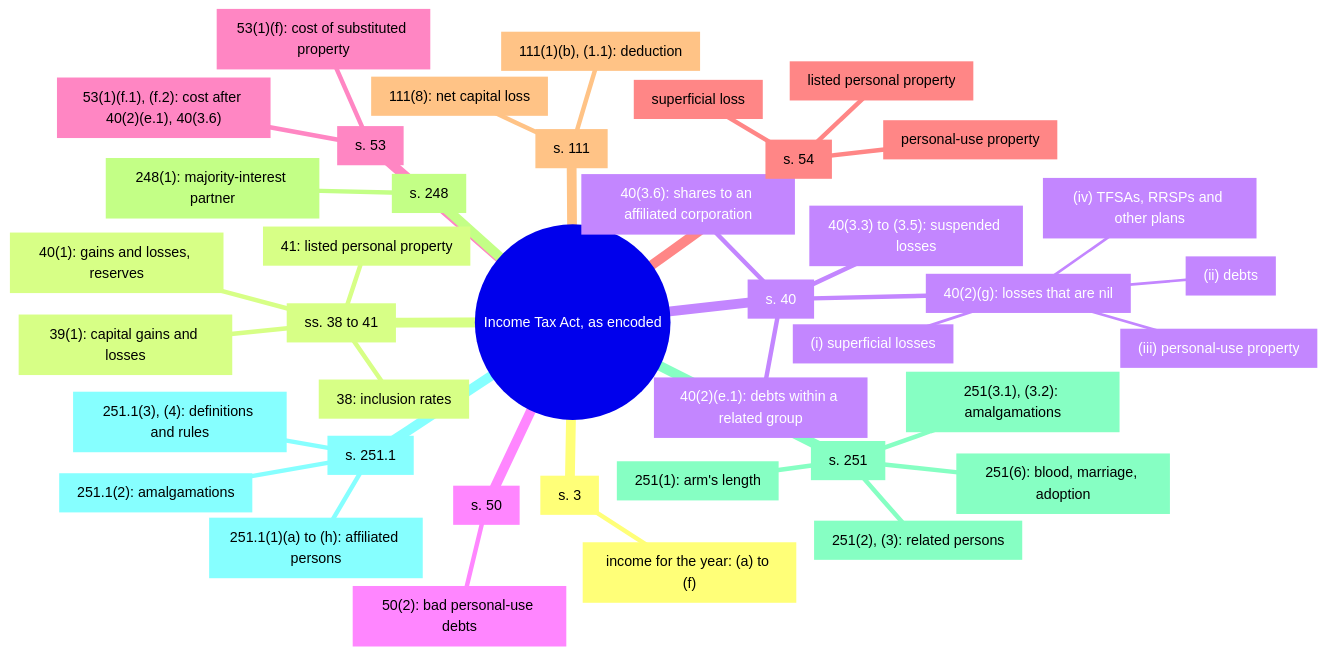
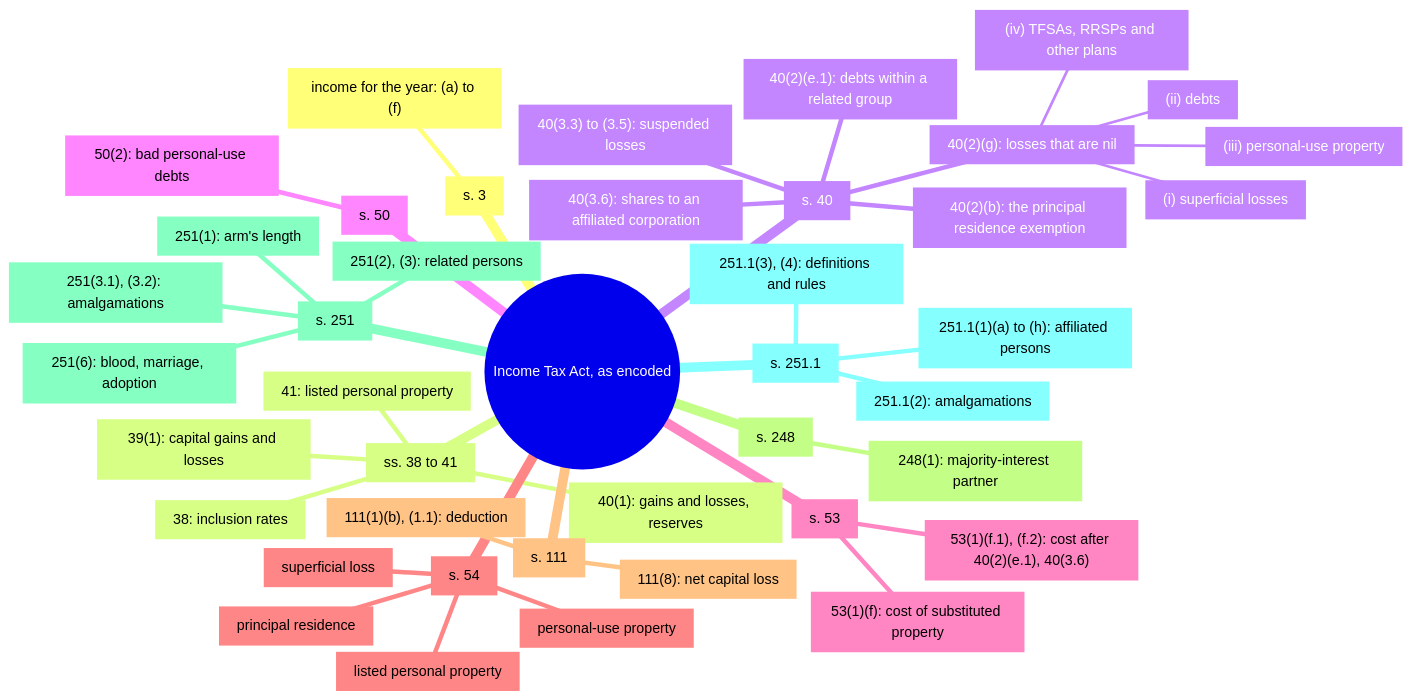
Before and after one commit to SeanWMurray/Canteen: the fourth of 4 diagrams in docs/graphs/dashboard.md, drawn with Mermaid. The commit also changed other lines of this file and 17 other files, not shown here.

First line of the commit message:
Encode the principal residence exemption: 40(2)(b) and 54

````diff
--- a/docs/graphs/dashboard.md
+++ b/docs/graphs/dashboard.md
@@ -66,43 +66,45 @@
 ```mermaid
 mindmap
   root((Income Tax Act, as encoded))
     n0["`s. 3`"]
       n1["`income for the year: (a) to (f)`"]
     n2["`ss. 38 to 41`"]
       n3["`38: inclusion rates`"]
       n4["`39(1): capital gains and losses`"]
       n5["`40(1): gains and losses, reserves`"]
       n6["`41: listed personal property`"]
     n7["`s. 40`"]
-      n8["`40(2)(g): losses that are nil`"]
-        n9["`(i) superficial losses`"]
-        n10["`(ii) debts`"]
-        n11["`(iii) personal-use property`"]
-        n12["`(iv) TFSAs, RRSPs and other plans`"]
-      n13["`40(2)(e.1): debts within a related group`"]
-      n14["`40(3.3) to (3.5): suspended losses`"]
-      n15["`40(3.6): shares to an affiliated corporation`"]
-    n16["`s. 50`"]
-      n17["`50(2): bad personal-use debts`"]
-    n18["`s. 53`"]
-      n19["`53(1)(f): cost of substituted property`"]
-      n20["`53(1)(f.1), (f.2): cost after 40(2)(e.1), 40(3.6)`"]
-    n21["`s. 54`"]
-      n22["`superficial loss`"]
-      n23["`personal-use property`"]
-      n24["`listed personal property`"]
-    n25["`s. 111`"]
-      n26["`111(8): net capital loss`"]
-      n27["`111(1)(b), (1.1): deduction`"]
-    n28["`s. 248`"]
-      n29["`248(1): majority-interest partner`"]
-    n30["`s. 251`"]
-      n31["`251(1): arm's length`"]
-      n32["`251(2), (3): related persons`"]
-      n33["`251(3.1), (3.2): amalgamations`"]
-      n34["`251(6): blood, marriage, adoption`"]
-    n35["`s. 251.1`"]
-      n36["`251.1(1)(a) to (h): affiliated persons`"]
-      n37["`251.1(2): amalgamations`"]
-      n38["`251.1(3), (4): definitions and rules`"]
+      n8["`40(2)(b): the principal residence exemption`"]
+      n9["`40(2)(g): losses that are nil`"]
+        n10["`(i) superficial losses`"]
+        n11["`(ii) debts`"]
+        n12["`(iii) personal-use property`"]
+        n13["`(iv) TFSAs, RRSPs and other plans`"]
+      n14["`40(2)(e.1): debts within a related group`"]
+      n15["`40(3.3) to (3.5): suspended losses`"]
+      n16["`40(3.6): shares to an affiliated corporation`"]
+    n17["`s. 50`"]
+      n18["`50(2): bad personal-use debts`"]
+    n19["`s. 53`"]
+      n20["`53(1)(f): cost of substituted property`"]
+      n21["`53(1)(f.1), (f.2): cost after 40(2)(e.1), 40(3.6)`"]
+    n22["`s. 54`"]
+      n23["`superficial loss`"]
+      n24["`principal residence`"]
+      n25["`personal-use property`"]
+      n26["`listed personal property`"]
+    n27["`s. 111`"]
+      n28["`111(8): net capital loss`"]
+      n29["`111(1)(b), (1.1): deduction`"]
+    n30["`s. 248`"]
+      n31["`248(1): majority-interest partner`"]
+    n32["`s. 251`"]
+      n33["`251(1): arm's length`"]
+      n34["`251(2), (3): related persons`"]
+      n35["`251(3.1), (3.2): amalgamations`"]
+      n36["`251(6): blood, marriage, adoption`"]
+    n37["`s. 251.1`"]
+      n38["`251.1(1)(a) to (h): affiliated persons`"]
+      n39["`251.1(2): amalgamations`"]
+      n40["`251.1(3), (4): definitions and rules`"]
 ```
````
